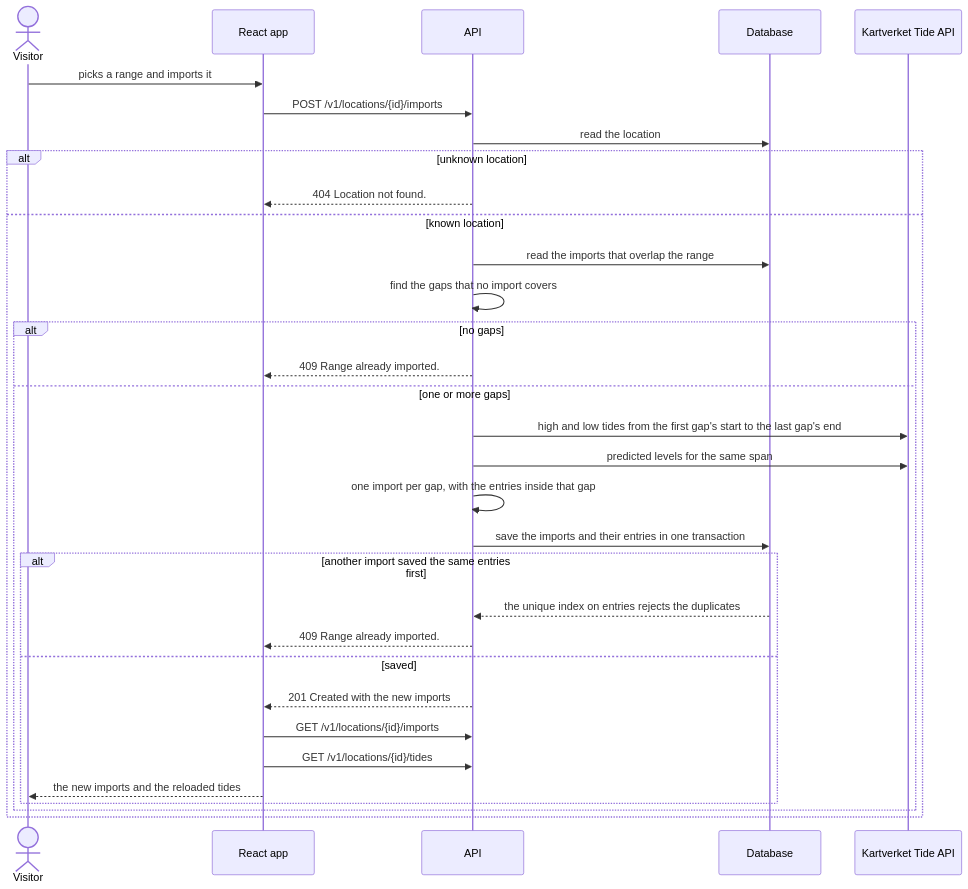
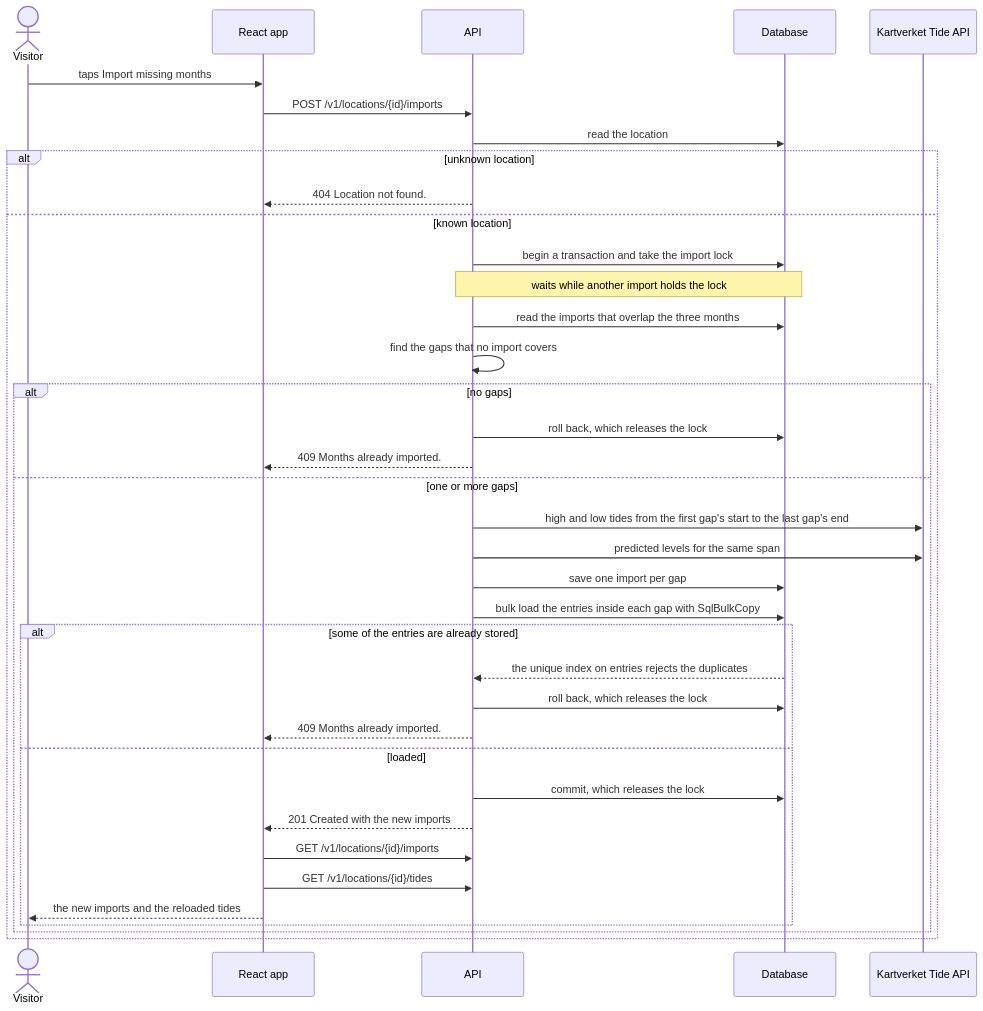
One commit to doccelick/tides changed the third of 4 diagrams in docs/architecture.md. Above: the diagram before and after it, drawn with Mermaid. The commit also changed other lines of this file and 32 other files, not shown here.

````diff
--- a/docs/architecture.md
+++ b/docs/architecture.md
@@ -85,35 +85,40 @@
 ```mermaid
 sequenceDiagram
     actor visitor as Visitor
     participant spa as React app
     participant api as API
     participant db as Database
     participant kv as Kartverket Tide API
 
-    visitor->>spa: picks a range and imports it
+    visitor->>spa: taps Import missing months
     spa->>api: POST /v1/locations/{id}/imports
     api->>db: read the location
     alt unknown location
         api-->>spa: 404 Location not found.
     else known location
-        api->>db: read the imports that overlap the range
+        api->>db: begin a transaction and take the import lock
+        Note over api,db: waits while another import holds the lock
+        api->>db: read the imports that overlap the three months
         api->>api: find the gaps that no import covers
         alt no gaps
-            api-->>spa: 409 Range already imported.
+            api->>db: roll back, which releases the lock
+            api-->>spa: 409 Months already imported.
         else one or more gaps
             api->>kv: high and low tides from the first gap's start to the last gap's end
             api->>kv: predicted levels for the same span
-            api->>api: one import per gap, with the entries inside that gap
-            api->>db: save the imports and their entries in one transaction
-            alt another import saved the same entries first
+            api->>db: save one import per gap
+            api->>db: bulk load the entries inside each gap with SqlBulkCopy
+            alt some of the entries are already stored
                 db-->>api: the unique index on entries rejects the duplicates
-                api-->>spa: 409 Range already imported.
-            else saved
+                api->>db: roll back, which releases the lock
+                api-->>spa: 409 Months already imported.
+            else loaded
+                api->>db: commit, which releases the lock
                 api-->>spa: 201 Created with the new imports
                 spa->>api: GET /v1/locations/{id}/imports
                 spa->>api: GET /v1/locations/{id}/tides
                 spa-->>visitor: the new imports and the reloaded tides
             end
         end
     end
 ```
````
